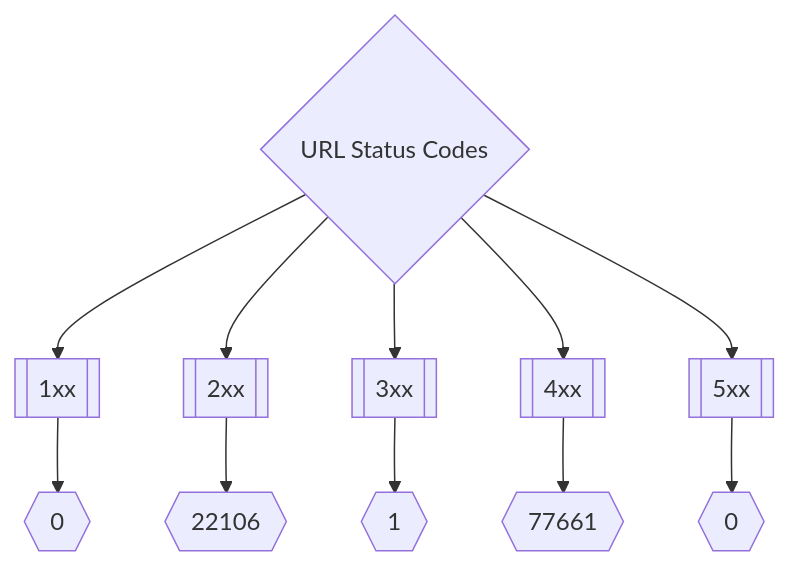
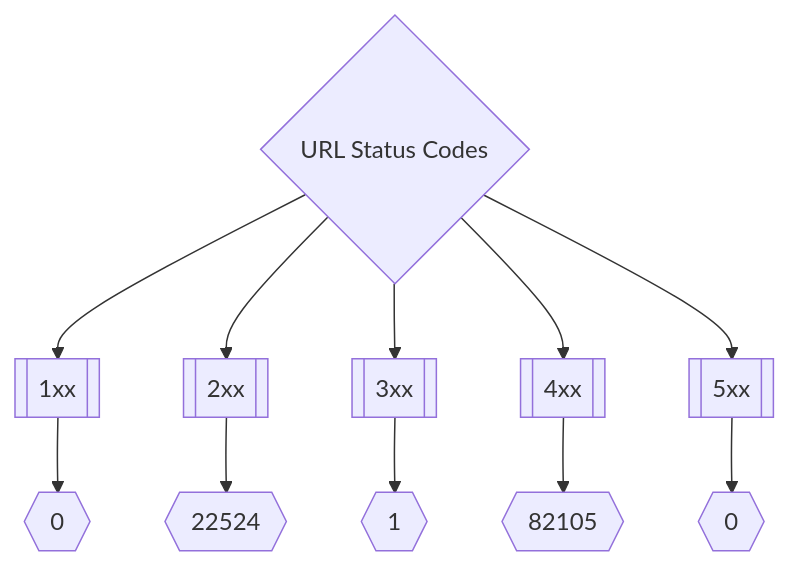
Before and after one commit to trickest/inventory: the second of 3 diagrams in README.md, drawn with Mermaid. The commit also changed other lines of this file, not shown here.

Commit message:
Update Thu Mar 10 16:37:54 UTC 2022

````diff
--- a/README.md
+++ b/README.md
@@ -173,8 +173,8 @@
 ```mermaid
 graph TD
 title{URL Status Codes} --> 1xx[[1xx]] --> status1xxNum{{0}}
-title --> 2xx[[2xx]] --> status2xxNum{{22106}}
+title --> 2xx[[2xx]] --> status2xxNum{{22524}}
 title --> 3xx[[3xx]] --> status3xxNum{{1}}
-title --> 4xx[[4xx]] --> status4xxNum{{77661}}
+title --> 4xx[[4xx]] --> status4xxNum{{82105}}
 title --> 5xx[[5xx]] --> status5xxNum{{0}}
 ```
````
